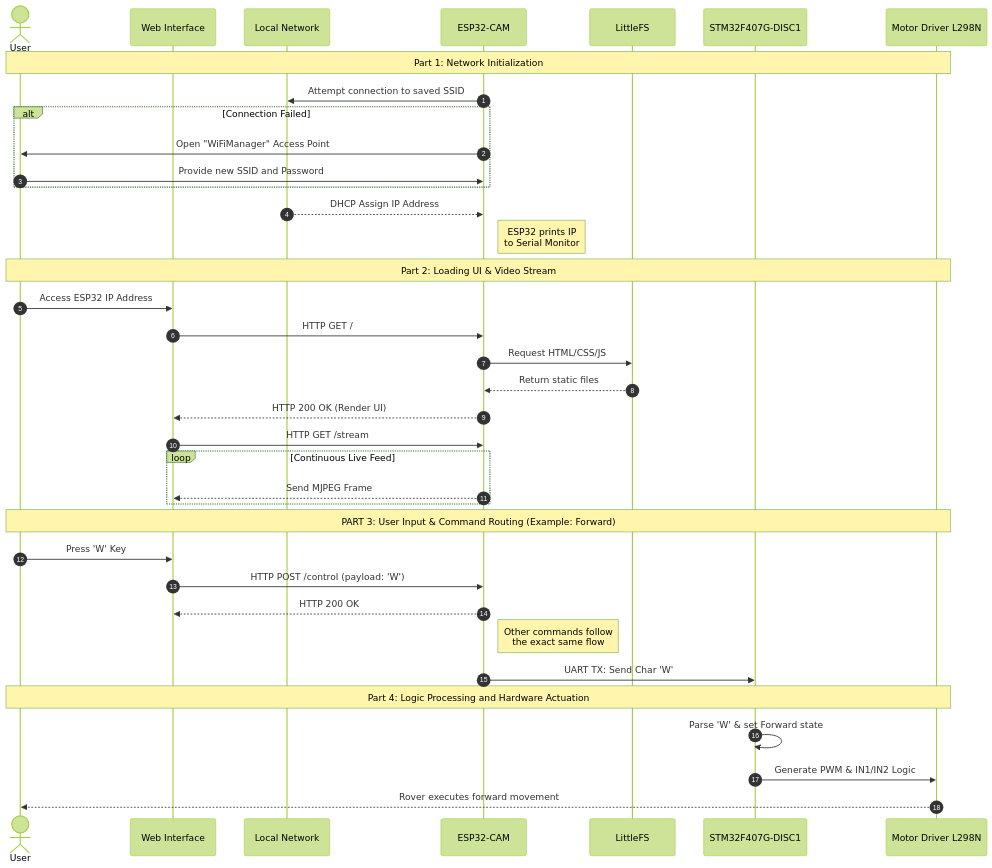
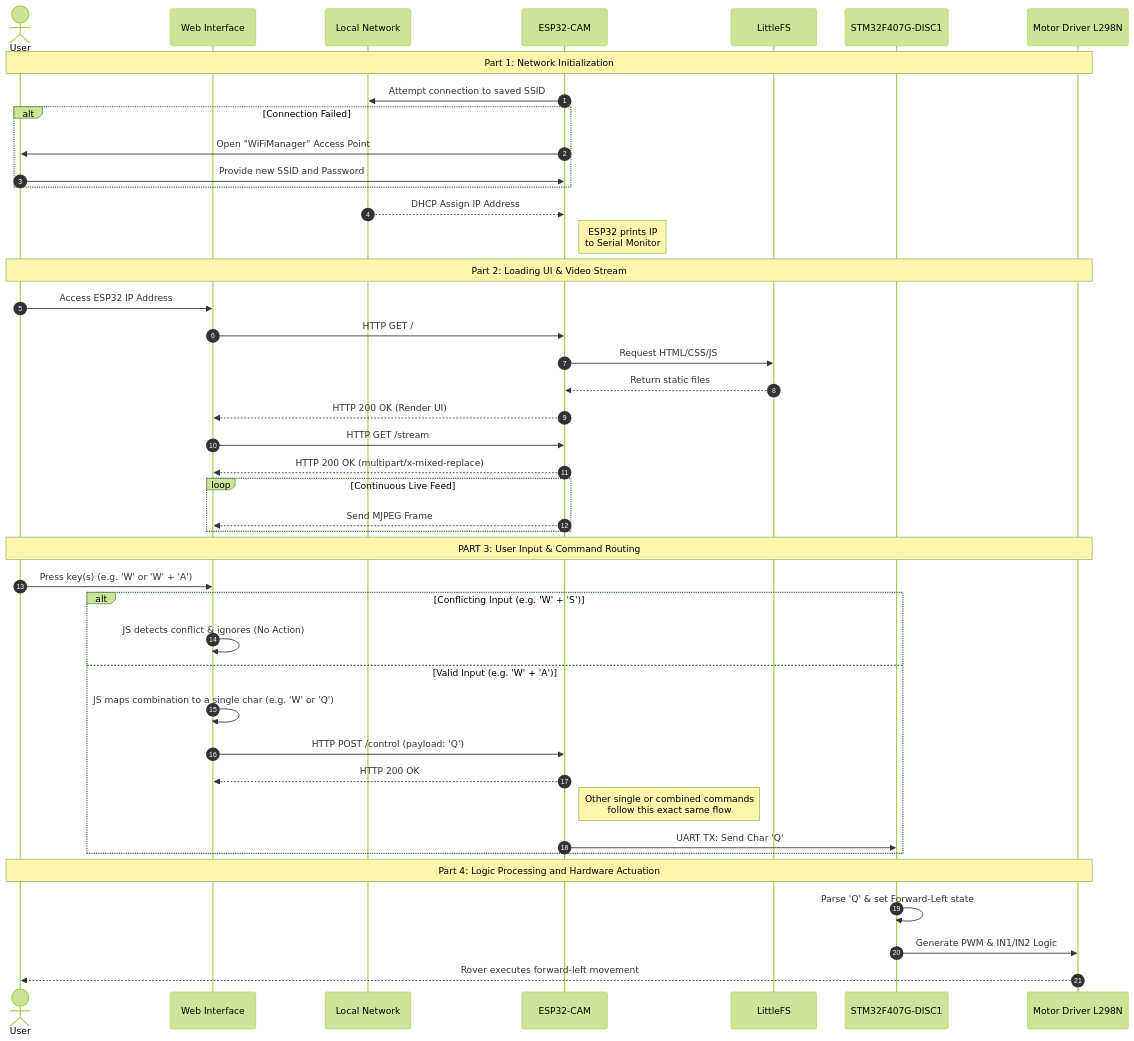
Before and after one commit to paulantofe/D.A.R.T.: the second of 2 diagrams in README.md, drawn with Mermaid (forest theme).

Commit message:
docs: update sequence diagram with defensive JS key mapping

````diff
--- a/README.md
+++ b/README.md
@@ -28,44 +28,49 @@
 ```mermaid
 sequenceDiagram
     autonumber
     actor User
     participant Browser as Web Interface
     participant Router as Local Network
     participant ESP as ESP32-CAM
     participant FS as LittleFS
     participant STM as STM32F407G-DISC1
     participant DRV as Motor Driver L298N
 
     Note over User, DRV: Part 1: Network Initialization
     ESP->>Router: Attempt connection to saved SSID
     alt Connection Failed
         ESP->>User: Open "WiFiManager" Access Point
         User->>ESP: Provide new SSID and Password
     end
     Router-->>ESP: DHCP Assign IP Address
     Note right of ESP: ESP32 prints IP <br> to Serial Monitor
 
     Note over User, DRV: Part 2: Loading UI & Video Stream
     User->>Browser: Access ESP32 IP Address
     Browser->>ESP: HTTP GET /
     ESP->>FS: Request HTML/CSS/JS
     FS-->>ESP: Return static files
     ESP-->>Browser: HTTP 200 OK (Render UI)
     Browser->>ESP: HTTP GET /stream 
+    ESP-->>Browser: HTTP 200 OK (multipart/x-mixed-replace)
     loop Continuous Live Feed
         ESP-->>Browser: Send MJPEG Frame
     end
 
-    Note over User, DRV: PART 3: User Input & Command Routing (Example: Forward)
-    User->>Browser: Press 'W' Key
-    Browser->>ESP: HTTP POST /control (payload: 'W')
-    ESP-->>Browser: HTTP 200 OK
-    Note right of ESP: Other commands follow <br> the exact same flow
-    ESP->>STM: UART TX: Send Char 'W' 
+    Note over User, DRV: PART 3: User Input & Command Routing
+    User->>Browser: Press key(s) (e.g. 'W' or 'W' + 'A')
+    alt Conflicting Input (e.g. 'W' + 'S')
+        Browser->>Browser: JS detects conflict & ignores (No Action)
+    else Valid Input (e.g. 'W' + 'A')
+        Browser->>Browser: JS maps combination to a single char (e.g. 'W' or 'Q')
+        Browser->>ESP: HTTP POST /control (payload: 'Q')
+        ESP-->>Browser: HTTP 200 OK
+        Note right of ESP: Other single or combined commands <br> follow this exact same flow
+        ESP->>STM: UART TX: Send Char 'Q' 
+    end
 
     Note over User, DRV: Part 4: Logic Processing and Hardware Actuation
-    STM->>STM: Parse 'W' & set Forward state
+    STM->>STM: Parse 'Q' & set Forward-Left state
     STM->>DRV: Generate PWM & IN1/IN2 Logic
-    DRV-->>User: Rover executes forward movement
-
+    DRV-->>User: Rover executes forward-left movement
 ```
````
